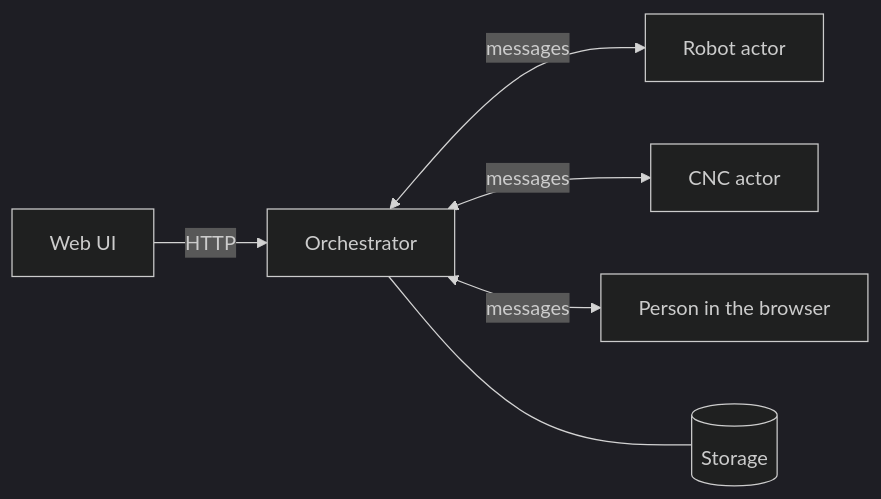
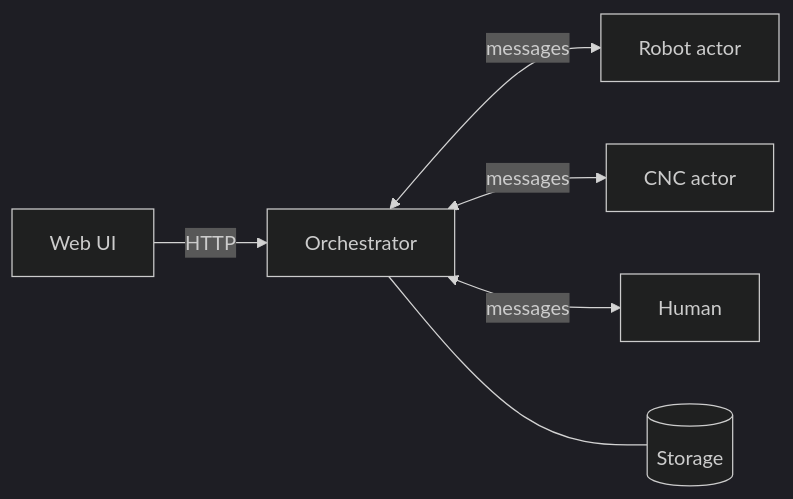
The diagram in docs/concepts.md (gramaziokohler/antikythera), drawn with Mermaid (dark theme) before and after one commit. The commit also changed 5 other files, not shown here.

Commit message:
Format with ruff, and call the browser actor Human in the concepts diagram

````diff
--- a/docs/concepts.md
+++ b/docs/concepts.md
@@ -6,8 +6,8 @@
 ```mermaid
 flowchart LR
     UI[Web UI] -- HTTP --> O[Orchestrator]
     O <-- messages --> A1[Robot actor]
     O <-- messages --> A2[CNC actor]
-    O <-- messages --> A3[Person in the browser]
+    O <-- messages --> A3[Human]
     O --- S[(Storage)]
 ```
````
